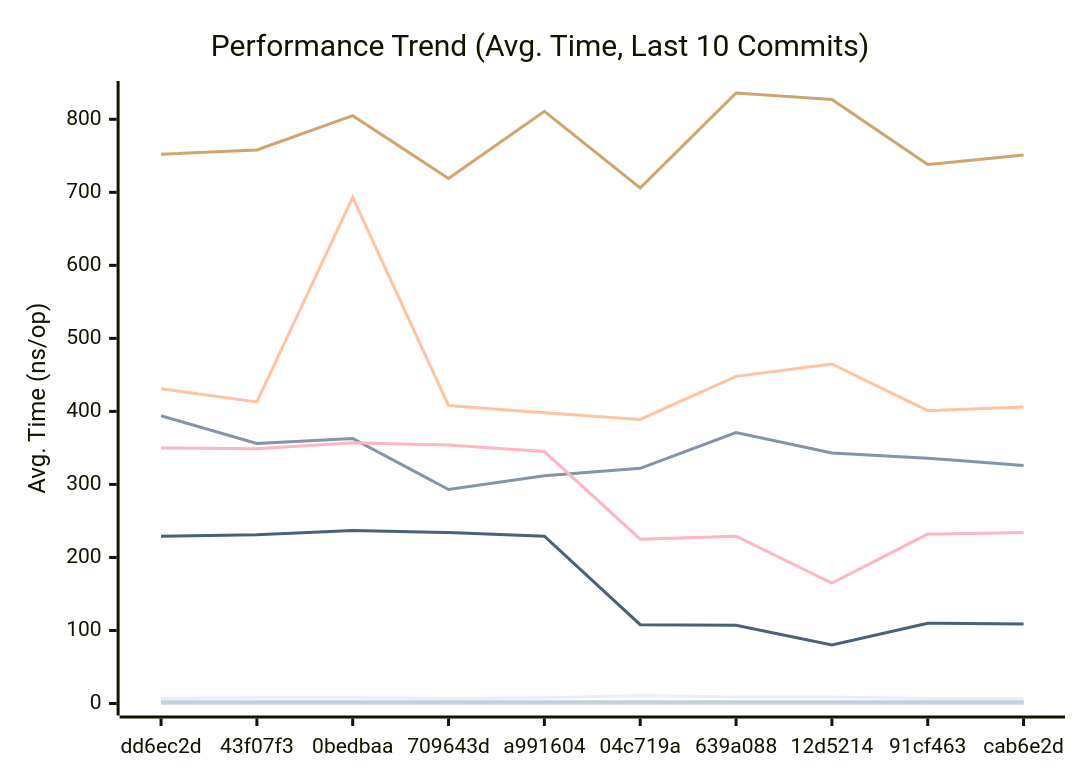
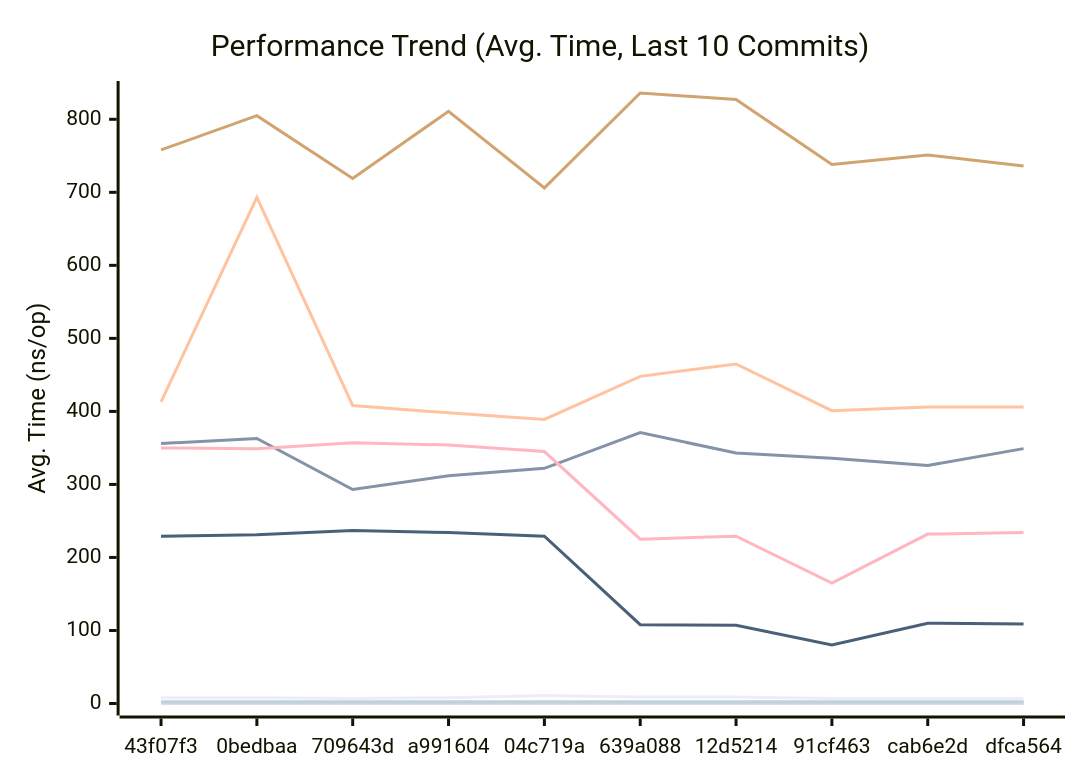
One commit to alsotoes/momo changed the first of 3 diagrams in docs/PERFORMANCE.md. Above: the diagram before and after it, drawn with Mermaid. The commit also changed other lines of this file and 3 other files, not shown here.

````diff
--- a/docs/PERFORMANCE.md
+++ b/docs/PERFORMANCE.md
@@ -80,16 +80,16 @@
 ```mermaid
 xychart-beta
     title "Performance Trend (Avg. Time, Last 10 Commits)"
     x-axis "Commit"
     y-axis "Avg. Time (ns/op)"
-    x-axis [dd6ec2d,43f07f3,0bedbaa,709643d,a991604,04c719a,639a088,12d5214,91cf463,cab6e2d]
-    line "CheckMetricsAndSwap" [7,8,8,7,8,11,9,9,7,7]
-    line "CrushOptimized" [394,356,363,293,312,322,371,343,336,326]
-    line "CrushOriginal" [431,413,693,408,398,389,448,465,401,406]
+    x-axis [43f07f3,0bedbaa,709643d,a991604,04c719a,639a088,12d5214,91cf463,cab6e2d,dfca564]
+    line "CheckMetricsAndSwap" [8,8,7,8,11,9,9,7,7,7]
+    line "CrushOptimized" [356,363,293,312,322,371,343,336,326,349]
+    line "CrushOriginal" [413,693,408,398,389,448,465,401,406,406]
     line "IndexDirectTracking" [0,0,0,0,0,0,0,0,0,0]
     line "IndexSearch" [2,2,2,2,2,2,2,2,2,2]
-    line "LoadGlobalConfig" [752,758,805,719,811,706,836,827,738,751]
+    line "LoadGlobalConfig" [758,805,719,811,706,836,827,738,751,736]
     line "PadString" [2,2,2,2,2,2,2,2,2,2]
     line "ParseReplicationOrder_NoPrealloc" [350,349,357,354,345,225,229,165,232,234]
     line "ParseReplicationOrder_Prealloc" [229,231,237,234,229,108,107,80,110,109]
 ```
````
